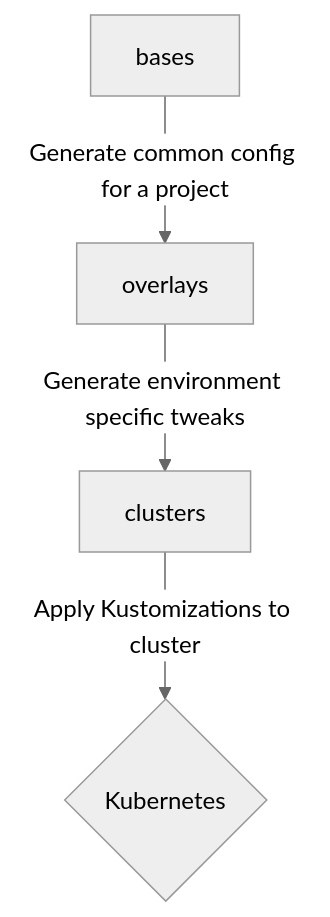
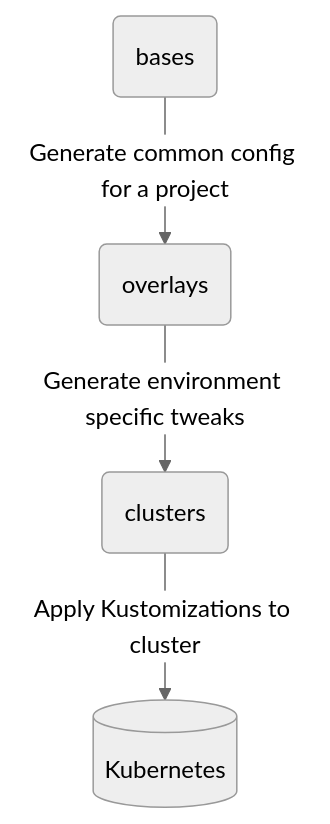
The diagram in README.md (zyntrixio/gitops_archive), drawn with Mermaid (neutral theme) before and after one commit.

Commit message:
Slightly improve README

````diff
--- a/README.md
+++ b/README.md
@@ -17,11 +17,11 @@
 ```mermaid
 graph TD
-    A[bases]
-    B[overlays]
-    C[clusters]
-    D{Kubernetes}
+    A(bases)
+    B(overlays)
+    C(clusters)
+    D[(Kubernetes)]
 
     A --> |Generate common config for a project| B
     B --> |Generate environment specific tweaks| C
     C --> |Apply Kustomizations to cluster| D
 ```
````
